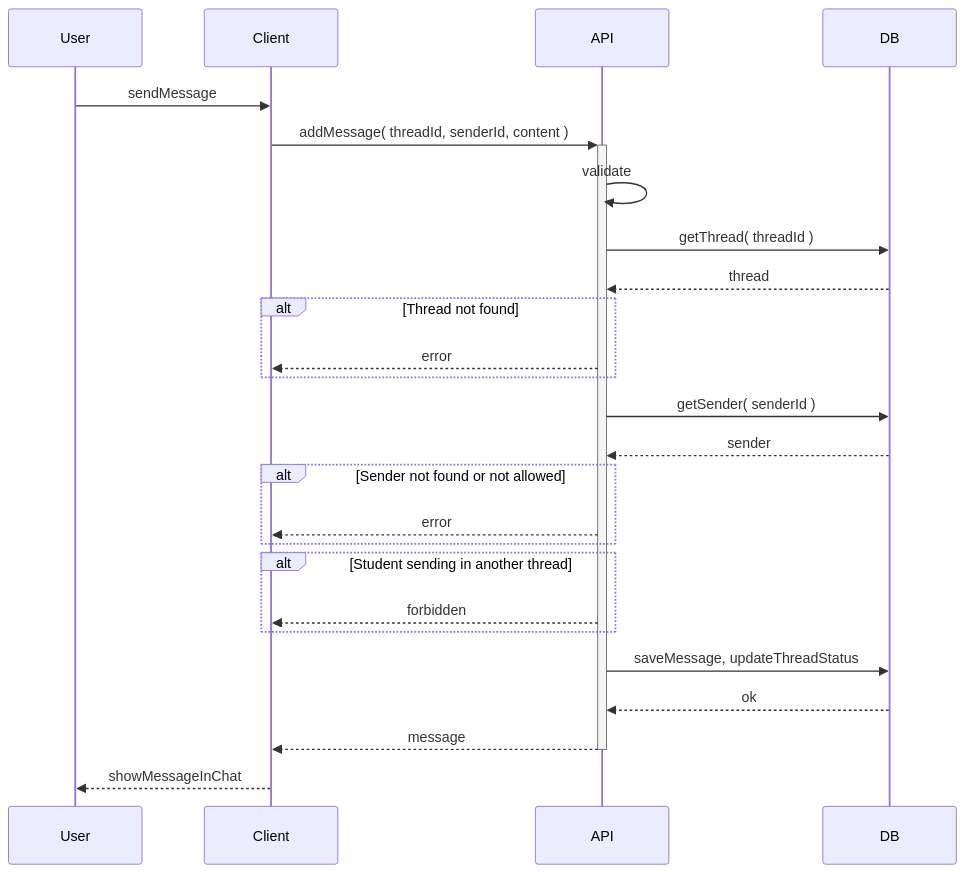
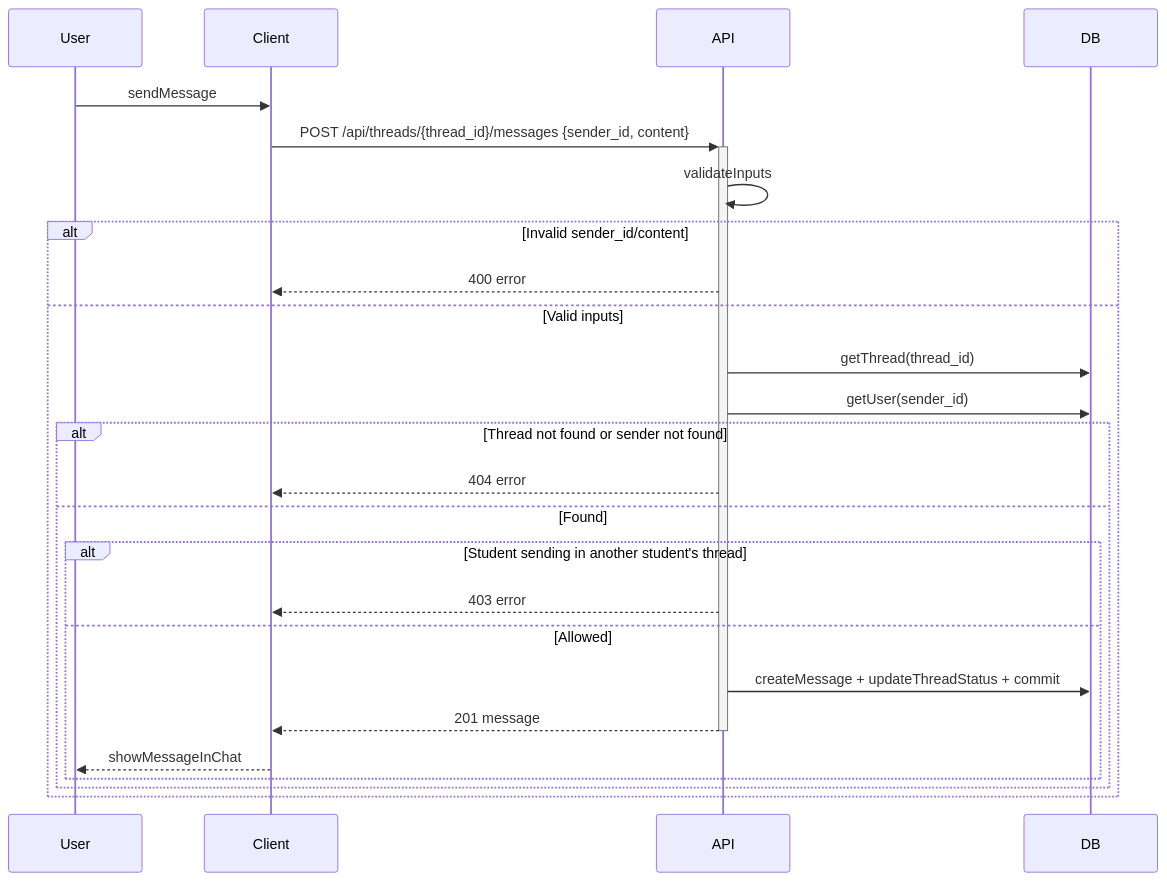
The diagram in docs/sequence-send-message.md (sandyleedev/student-mental-support-app), drawn with Mermaid before and after one commit. The commit also changed other lines of this file, not shown here.

Commit message:
[BUS-31] docs: update send message sequence diagram

````diff
--- a/docs/sequence-send-message.md
+++ b/docs/sequence-send-message.md
@@ -5,28 +5,31 @@
 ```mermaid
 sequenceDiagram
     participant User
     participant Client
     participant API
     participant DB
 
     User->>Client: sendMessage
-    Client->>+API: addMessage( threadId, senderId, content )
-    API->>API: validate
-    API->>DB: getThread( threadId )
-    DB-->>API: thread
-    alt Thread not found
-        API-->>Client: error
+    Client->>+API: POST /api/threads/{thread_id}/messages {sender_id, content}
+
+    API->>API: validateInputs
+
+    alt Invalid sender_id/content
+        API-->>Client: 400 error
+    else Valid inputs
+        API->>DB: getThread(thread_id)
+        API->>DB: getUser(sender_id)
+
+        alt Thread not found or sender not found
+            API-->>Client: 404 error
+        else Found
+            alt Student sending in another student's thread
+                API-->>Client: 403 error
+            else Allowed
+                API->>DB: createMessage + updateThreadStatus + commit
+                API-->>-Client: 201 message
+                Client-->>User: showMessageInChat
+            end
+        end
     end
-    API->>DB: getSender( senderId )
-    DB-->>API: sender
-    alt Sender not found or not allowed
-        API-->>Client: error
-    end
-    alt Student sending in another thread
-        API-->>Client: forbidden
-    end
-    API->>DB: saveMessage, updateThreadStatus
-    DB-->>API: ok
-    API-->>-Client: message
-    Client-->>User: showMessageInChat
 ```
````
